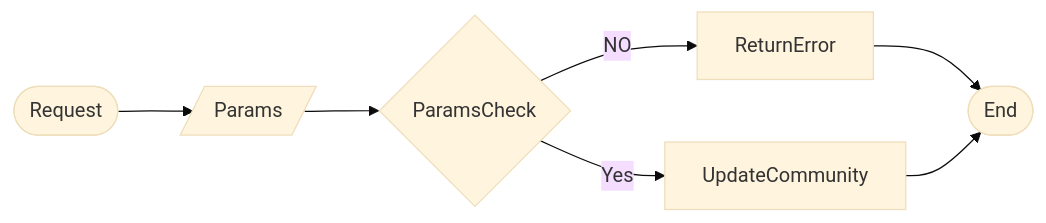
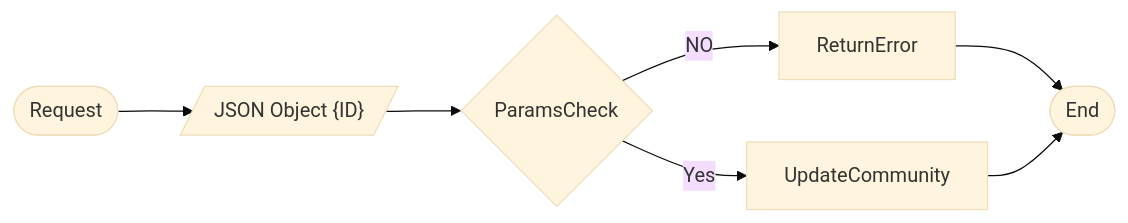
The third of 4 diagrams in GFBackend/flowcharts/CommunityManage.md (XIA1900/SE), drawn with Mermaid (base theme) before and after one commit. The commit also changed other lines of this file, not shown here.

````diff
--- a/GFBackend/flowcharts/CommunityManage.md
+++ b/GFBackend/flowcharts/CommunityManage.md
@@ -27,6 +27,6 @@
 ```mermaid
 graph LR
-Start([Request]) --> Params[/Params/] --> ParamsCheck{ParamsCheck}
+Start([Request]) --> CommunityInfo[/"JSON Object {ID}"/] --> ParamsCheck{ParamsCheck}
 ParamsCheck --> |NO| ReturnError[ReturnError] --> End([End])
 ParamsCheck --> |Yes| UpdateCommunity[UpdateCommunity] --> End
 ```
````
